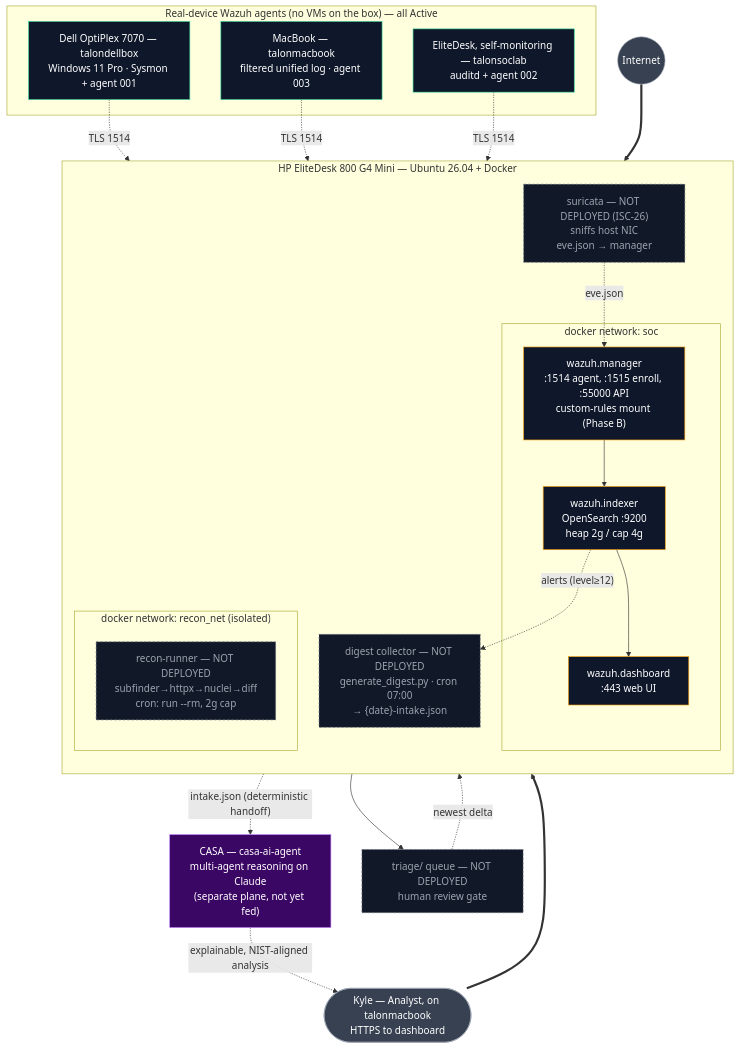
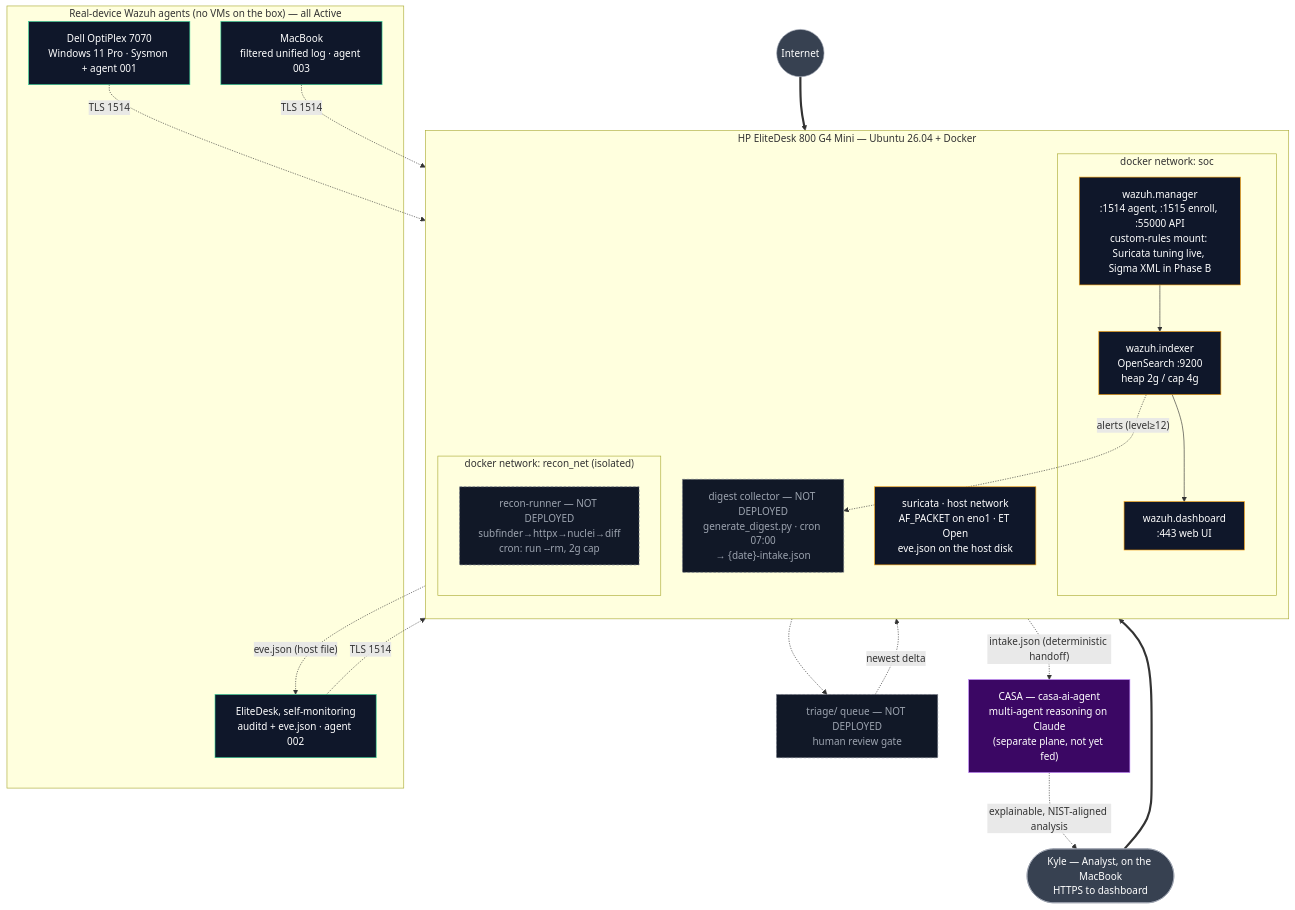
Before and after one commit to ktalons/talonsoclab: the diagram in phase-a-foundation/architecture.mmd, drawn with Mermaid. The commit also changed 22 other files, not shown here.

Commit message:
tools: leakcheck rewrite, git hooks, tests; docs: soc-recon readme, runbook 01, architecture

```diff
--- a/phase-a-foundation/architecture.mmd
+++ b/phase-a-foundation/architecture.mmd
@@ -1,72 +1,72 @@
 flowchart TB
 %% TalonSocLab — Phase A Foundation SOC Stack (docker-compose edition)
 %% Single source of truth for the container topology + data flow.
 %% Companion: network-topology.mmd holds the physical / L2 network (router, switch, rack).
 %% Host: HP EliteDesk 800 G4 Mini (i5-8500T, 16 GB, 256 GB NVMe) — OWNED outright.
 %% Substrate: Ubuntu Server 26.04 LTS bare-metal + Docker (no Proxmox).
 %% Legend: solid = running now · dashed edge = telemetry / handoff · grey dashed node = not deployed
-%% Deployment status verified on the box 2026-07-29: indexer, manager, dashboard and all three
-%%   agents are up. Suricata, recon-runner, digest and triage exist in the repo but are NOT
-%%   running — no suricata service in compose, no recon image built, no cron installed.
+%% Deployment status verified on the box 2026-09-30: indexer, manager, dashboard, suricata and
+%%   all three agents are up. recon-runner, digest and triage exist in the repo but are NOT
+%%   running: no recon image built, no cron installed.
 %% PIVOT NOTE: this replaced an earlier Proxmox/pfSense/VLAN topology. It trades
 %%   network realism (pfSense, VLANs, Windows endpoint VMs) for portability +
 %%   detection breadth.
 %% Endpoints are Wazuh agents on REAL devices, not VMs — keeps the 16 GB budget clear.
 
     Internet((Internet))
 
     subgraph Host["HP EliteDesk 800 G4 Mini — Ubuntu 26.04 + Docker"]
         direction TB
 
         subgraph SocNet["docker network: soc"]
             Indexer["wazuh.indexer<br/>OpenSearch :9200<br/>heap 2g / cap 4g"]
-            Manager["wazuh.manager<br/>:1514 agent, :1515 enroll, :55000 API<br/>custom-rules mount (Phase B)"]
+            Manager["wazuh.manager<br/>:1514 agent, :1515 enroll, :55000 API<br/>custom-rules mount: Suricata tuning live, Sigma XML in Phase B"]
             Dashboard["wazuh.dashboard<br/>:443 web UI"]
         end
 
-        Suricata["suricata — NOT DEPLOYED (ISC-26)<br/>sniffs host NIC<br/>eve.json → manager"]
+        Suricata["suricata · host network<br/>AF_PACKET on eno1 · ET Open<br/>eve.json on the host disk"]
 
         subgraph ReconNet["docker network: recon_net (isolated)"]
             Recon["recon-runner — NOT DEPLOYED<br/>subfinder→httpx→nuclei→diff<br/>cron: run --rm, 2g cap"]
         end
 
         Digest["digest collector — NOT DEPLOYED<br/>generate_digest.py · cron 07:00<br/>→ {date}-intake.json"]
     end
 
     subgraph Endpoints["Real-device Wazuh agents (no VMs on the box) — all Active"]
-        Win["Dell OptiPlex 7070 — talondellbox<br/>Windows 11 Pro · Sysmon + agent 001"]
-        Mac["MacBook — talonmacbook<br/>filtered unified log · agent 003"]
-        UbuntuHost["EliteDesk, self-monitoring — talonsoclab<br/>auditd + agent 002"]
+        Win["Dell OptiPlex 7070<br/>Windows 11 Pro · Sysmon + agent 001"]
+        Mac["MacBook<br/>filtered unified log · agent 003"]
+        UbuntuHost["EliteDesk, self-monitoring<br/>auditd + eve.json · agent 002"]
     end
 
-    Analyst(["Kyle — Analyst, on talonmacbook<br/>HTTPS to dashboard"])
+    Analyst(["Kyle — Analyst, on the MacBook<br/>HTTPS to dashboard"])
     CASA["CASA — casa-ai-agent<br/>multi-agent reasoning on Claude<br/>(separate plane, not yet fed)"]
     Triage["triage/ queue — NOT DEPLOYED<br/>human review gate"]
 
     Internet ==> Host
     Win  -. "TLS 1514" .-> Manager
     Mac  -. "TLS 1514" .-> Manager
     UbuntuHost -. "TLS 1514" .-> Manager
-    Suricata -. "eve.json" .-> Manager
+    Suricata -. "eve.json (host file)" .-> UbuntuHost
 
     Manager --> Indexer
     Indexer --> Dashboard
     Analyst ==> Dashboard
 
-    Recon --> Triage
+    Recon -.-> Triage
     Indexer -. "alerts (level≥12)" .-> Digest
     Triage  -. "newest delta" .-> Digest
     Digest -. "intake.json (deterministic handoff)" .-> CASA
     CASA -. "explainable, NIST-aligned analysis" .-> Analyst
 
     classDef soc fill:#0f172a,stroke:#f59e0b,color:#fff
     classDef ep fill:#0f172a,stroke:#34d399,color:#fff
     classDef ext fill:#374151,stroke:#9ca3af,color:#fff
     classDef casa fill:#3b0764,stroke:#c084fc,color:#fff
     classDef planned fill:#111827,stroke:#6b7280,color:#9ca3af,stroke-dasharray:4 3
 
-    class Indexer,Manager,Dashboard soc
+    class Indexer,Manager,Dashboard,Suricata soc
     class Win,Mac,UbuntuHost ep
     class Internet,Analyst ext
-    class Suricata,Recon,Digest,Triage planned
+    class Recon,Digest,Triage planned
     class CASA casa
```
